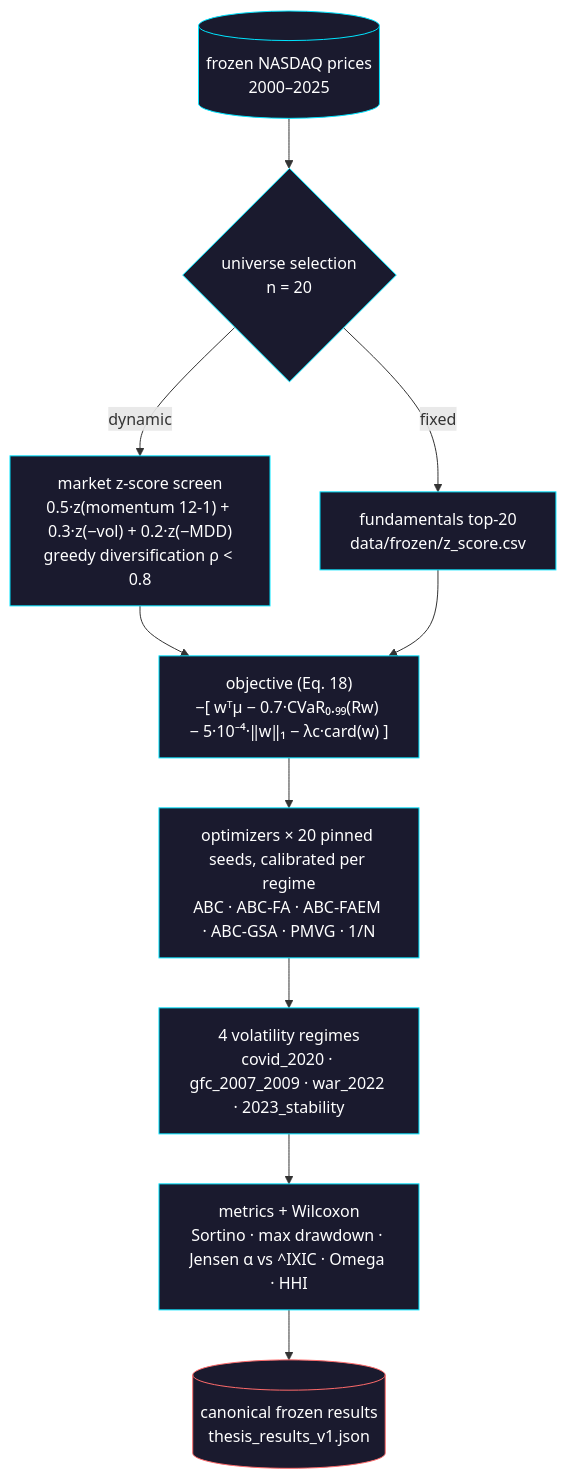
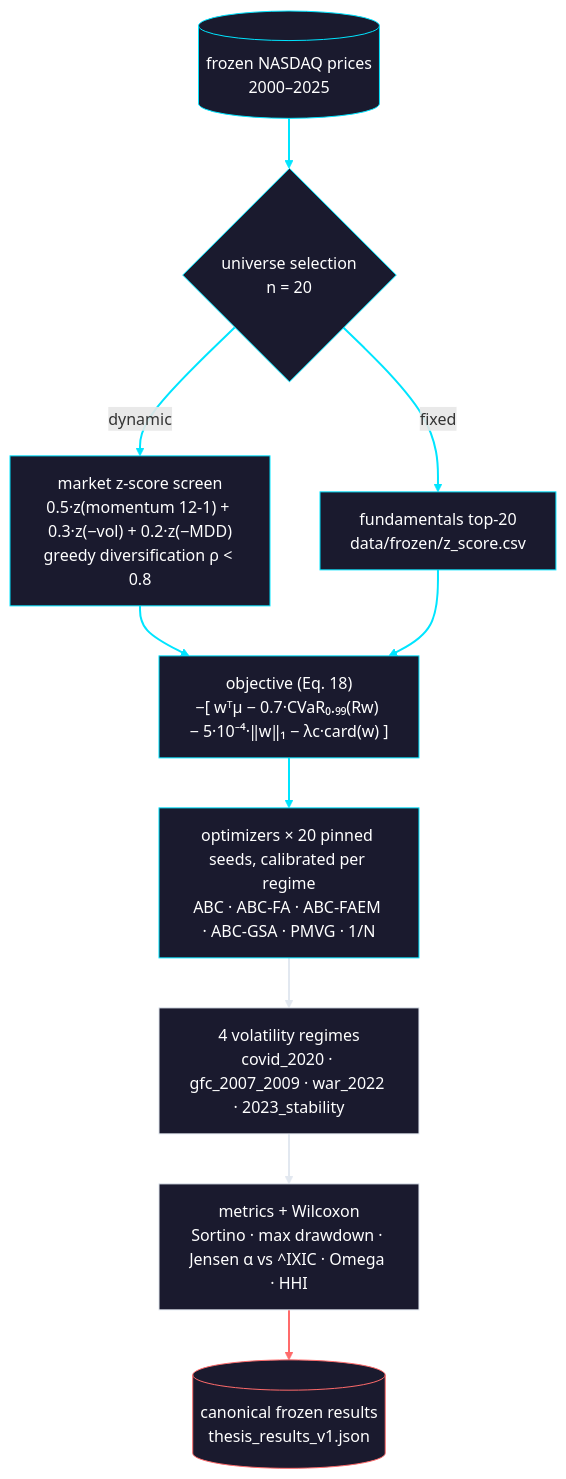
The diagram in README.md (npidiache/heuristic-portfolio-optimizer), drawn with Mermaid before and after one commit. The commit also changed other lines of this file, not shown here.

Commit message:
README: tweak badge and flowchart colors
Cosmetic updates to README visuals: change badge colors for lint/mypy/license to a softer palette (#E2E8F0/#64748B) and adjust the mermaid flowchart styles — set regimes/metrics stroke to #E2E8F0 and add linkStyle rules to color and weight groups of links (0–5 blue, 6–7 gray, 8 red). No functional changes.

````diff
--- a/README.md
+++ b/README.md
@@ -60,24 +60,27 @@
 ```mermaid
 flowchart TD
     data[("frozen NASDAQ prices<br/>2000–2025")]
     data --> universe{"universe selection<br/>n = 20"}
     universe -- dynamic --> dyn["market z-score screen<br/>0.5·z(momentum 12-1) + 0.3·z(−vol) + 0.2·z(−MDD)<br/>greedy diversification ρ &lt; 0.8"]
     universe -- fixed --> fix["fundamentals top-20<br/>data/frozen/z_score.csv"]
     dyn --> objective
     fix --> objective
     objective["objective (Eq. 18)<br/>−[ wᵀμ − 0.7·CVaR₀.₉₉(Rw) − 5·10⁻⁴·‖w‖₁ − λc·card(w) ]"]
     objective --> optimizers["optimizers × 20 pinned seeds, calibrated per regime<br/>ABC · ABC-FA · ABC-FAEM · ABC-GSA · PMVG · 1/N"]
     optimizers --> regimes["4 volatility regimes<br/>covid_2020 · gfc_2007_2009 · war_2022 · 2023_stability"]
     regimes --> metrics["metrics + Wilcoxon<br/>Sortino · max drawdown · Jensen α vs ^IXIC · Omega · HHI"]
     metrics --> canonical[("canonical frozen results<br/>thesis_results_v1.json")]
 
     style data fill:#1A1A2E,stroke:#00E5FF,color:#FFFFFF
     style canonical fill:#1A1A2E,stroke:#FF6B6B,color:#FFFFFF
     style universe fill:#1A1A2E,stroke:#00E5FF,color:#FFFFFF
     style objective fill:#1A1A2E,stroke:#00E5FF,color:#FFFFFF
     style optimizers fill:#1A1A2E,stroke:#00E5FF,color:#FFFFFF
-    style regimes fill:#1A1A2E,stroke:#00E5FF,color:#FFFFFF
-    style metrics fill:#1A1A2E,stroke:#00E5FF,color:#FFFFFF
+    style regimes fill:#1A1A2E,stroke:#E2E8F0,color:#FFFFFF
+    style metrics fill:#1A1A2E,stroke:#E2E8F0,color:#FFFFFF
     style dyn fill:#1A1A2E,stroke:#00E5FF,color:#FFFFFF
     style fix fill:#1A1A2E,stroke:#00E5FF,color:#FFFFFF
+    linkStyle 0,1,2,3,4,5 stroke:#00E5FF,stroke-width:2px
+    linkStyle 6,7 stroke:#E2E8F0,stroke-width:2px
+    linkStyle 8 stroke:#FF6B6B,stroke-width:2px
 ```
````
